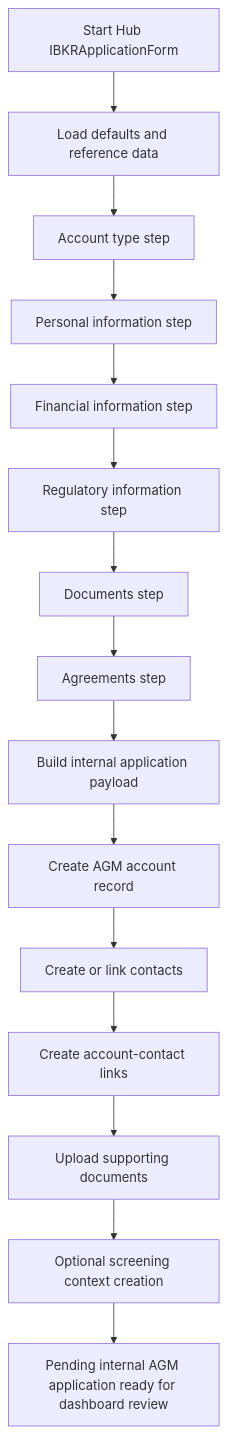
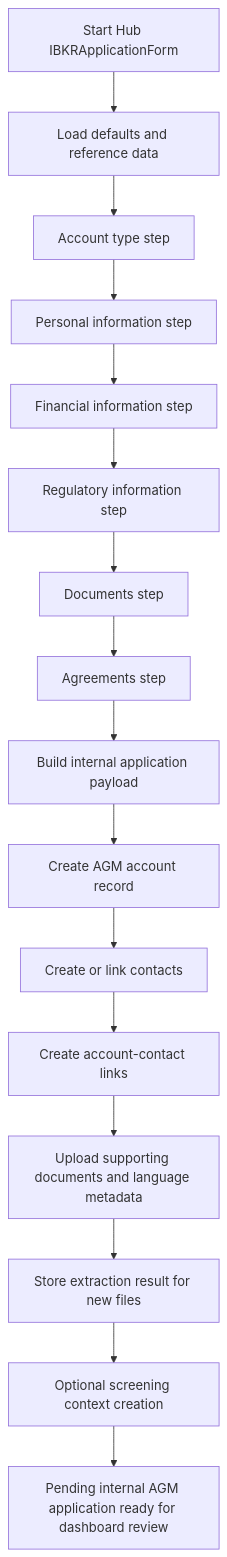
The diagram in processes/09-account-opening-and-agm-account-creation.md (agmtrader/compliance), drawn with Mermaid before and after one commit. The commit also changed other lines of this file and 5 other files, not shown here.

Commit message:
Add .gitignore and enhance documentation for various workflows with metadata and extraction details

````diff
--- a/processes/09-account-opening-and-agm-account-creation.md
+++ b/processes/09-account-opening-and-agm-account-creation.md
@@ -40,17 +41,18 @@
 ```mermaid
 flowchart TD
     A["Start Hub IBKRApplicationForm"] --> B["Load defaults and reference data"]
     B --> C["Account type step"]
     C --> D["Personal information step"]
     D --> E["Financial information step"]
     E --> F["Regulatory information step"]
     F --> G["Documents step"]
     G --> H["Agreements step"]
     H --> I["Build internal application payload"]
     I --> J["Create AGM account record"]
     J --> K["Create or link contacts"]
     K --> L["Create account-contact links"]
-    L --> M["Upload supporting documents"]
-    M --> N["Optional screening context creation"]
-    N --> O["Pending internal AGM application ready for dashboard review"]
+    L --> M["Upload supporting documents and language metadata"]
+    M --> N["Store extraction result for new files"]
+    N --> O["Optional screening context creation"]
+    O --> P["Pending internal AGM application ready for dashboard review"]
 ```
````
